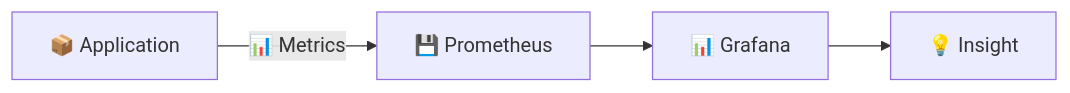
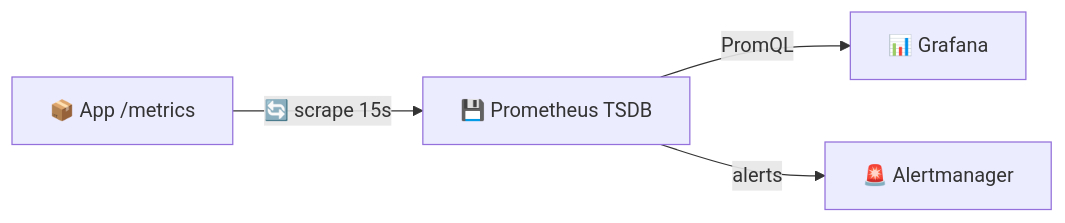
The first of 7 diagrams in lectures/lec8.md (inno-devops-labs/DevOps-Core-Course), drawn with Mermaid before and after one commit. The commit also changed other lines of this file and 24 other files, not shown here.

````diff
--- a/lectures/lec8.md
+++ b/lectures/lec8.md
@@ -10,6 +10,6 @@
 ```mermaid
 flowchart LR
-  App[📦 Application] -->|📊 Metrics| Prometheus[💾 Prometheus]
-  Prometheus --> Grafana[📊 Grafana]
-  Grafana --> Insight[💡 Insight]
+  App[📦 App /metrics] -->|🔄 scrape 15s| Prom[💾 Prometheus TSDB]
+  Prom -->|PromQL| Graf[📊 Grafana]
+  Prom -->|alerts| AM[🚨 Alertmanager]
 ```
````
